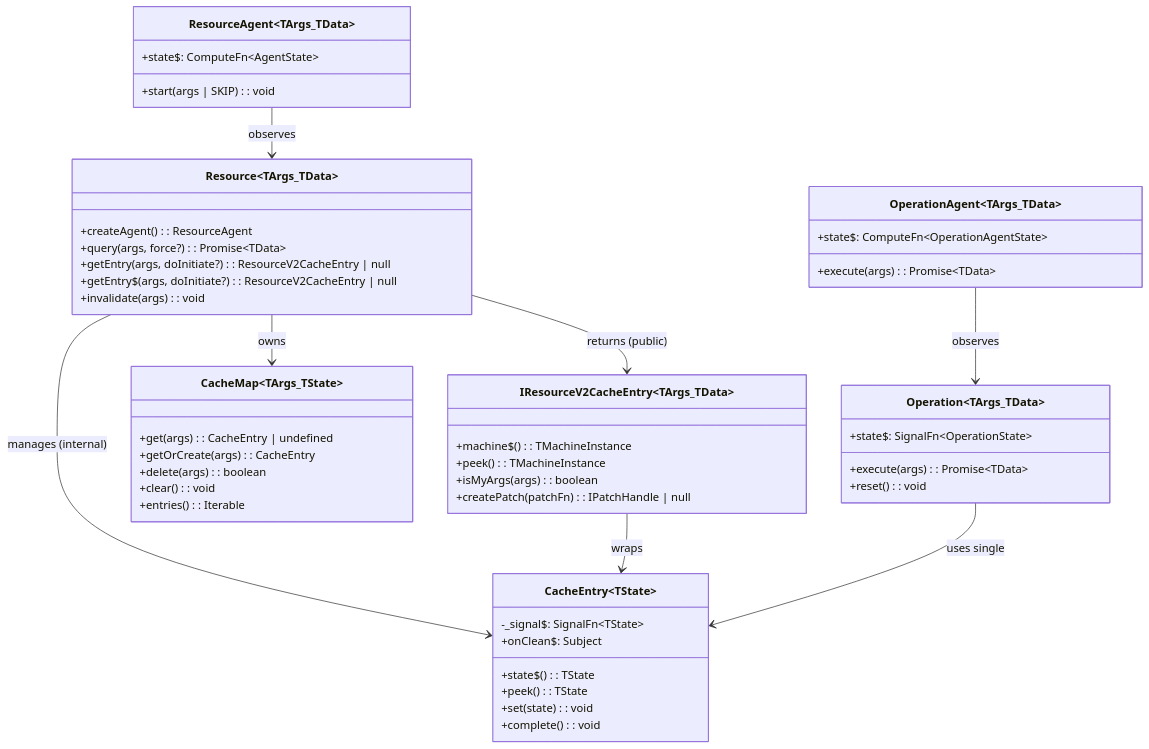
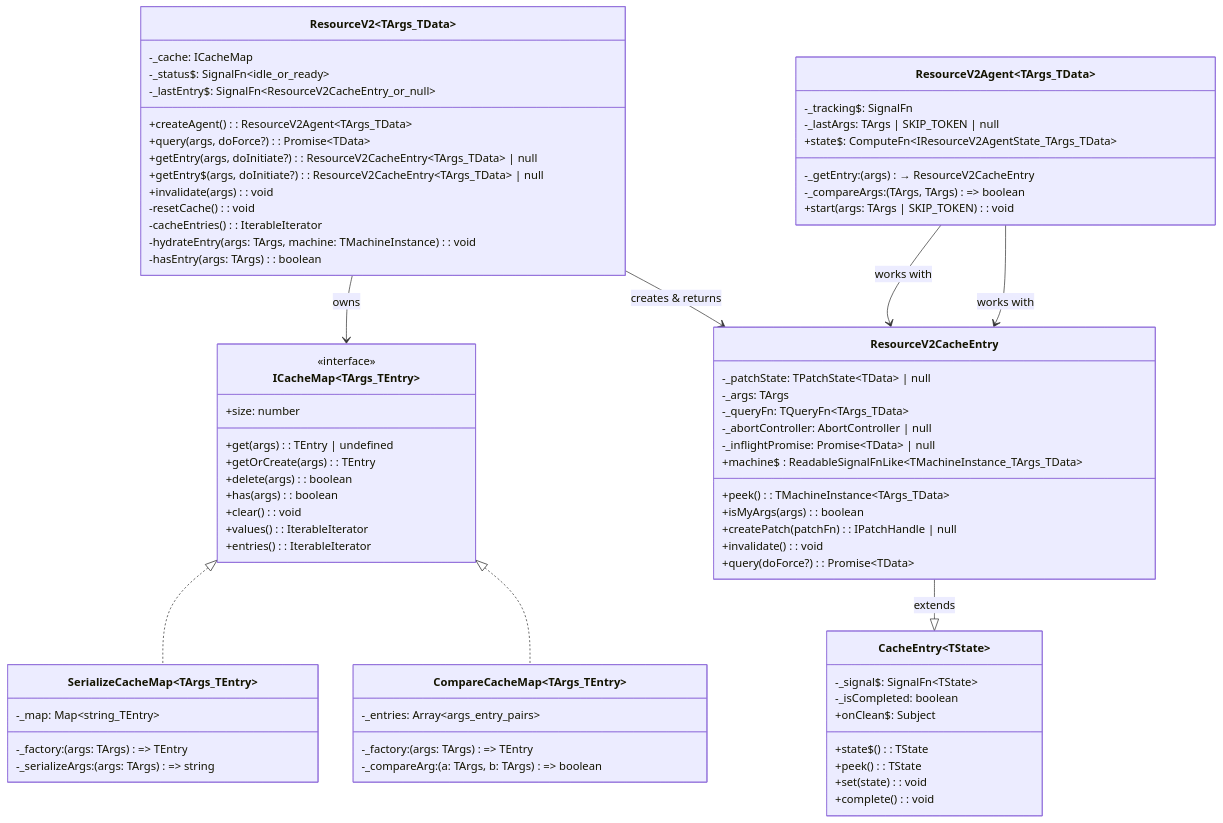
The eighth of 8 diagrams in .thoughts/2026-03-23-1400_query-v2-full-implementation/02-design/01-architecture.md (fozy-labs/rx-toolkit), drawn with Mermaid before and after one commit. The commit also changed other lines of this file and 204 other files, not shown here.

````diff
--- a/.thoughts/2026-03-23-1400_query-v2-full-implementation/02-design/01-architecture.md
+++ b/.thoughts/2026-03-23-1400_query-v2-full-implementation/02-design/01-architecture.md
@@ -351,32 +331,35 @@
 classDiagram
     title Core Abstractions
 
-    class Resource~TArgs_TData~ {
-        +createAgent(): ResourceAgent
-        +query(args, force?): Promise~TData~
-        +getEntry(args, doInitiate?): ResourceV2CacheEntry | null
-        +getEntry$(args, doInitiate?): ResourceV2CacheEntry | null
+    class ResourceV2~TArgs_TData~ {
+        -_cache: ICacheMap
+        -_status$: SignalFn~idle_or_ready~
+        -_lastEntry$: SignalFn~ResourceV2CacheEntry_or_null~
+        +createAgent(): ResourceV2Agent~TArgs_TData~
+        +query(args, doForce?): Promise~TData~
+        +getEntry(args, doInitiate?): ResourceV2CacheEntry~TArgs_TData~ | null
+        +getEntry$(args, doInitiate?): ResourceV2CacheEntry~TArgs_TData~ | null
         +invalidate(args): void
+        -resetCache(): void
+        -cacheEntries(): IterableIterator
+        -hydrateEntry(args: TArgs, machine: TMachineInstance): void
+        -hasEntry(args: TArgs): boolean
     }
     
-    class ResourceAgent~TArgs_TData~ {
-        +state$: ComputeFn~AgentState~
-        +start(args | SKIP): void
+    class ResourceV2Agent~TArgs_TData~ {
+        -_tracking$: SignalFn
+        -_getEntry: (args) → ResourceV2CacheEntry
+        -_compareArgs: (TArgs, TArgs) => boolean
+        -_lastArgs: TArgs | SKIP_TOKEN | null
+        +state$: ComputeFn~IResourceV2AgentState_TArgs_TData~
+        +start(args: TArgs | SKIP_TOKEN): void
     }
     
-    class Operation~TArgs_TData~ {
-        +execute(args): Promise~TData~
-        +state$: SignalFn~OperationState~
-        +reset(): void
-    }
-    
-    class OperationAgent~TArgs_TData~ {
-        +state$: ComputeFn~OperationAgentState~
-        +execute(args): Promise~TData~
-    }
-    
+    ResourceV2Agent --> ResourceV2CacheEntry : works with
+
     class CacheEntry~TState~ {
         -_signal$: SignalFn~TState~
+        -_isCompleted: boolean
         +state$(): TState
         +peek(): TState
         +set(state): void
@@ -384,26 +367,49 @@
         +onClean$: Subject
     }
     
-    class CacheMap~TArgs_TState~ {
-        +get(args): CacheEntry | undefined
-        +getOrCreate(args): CacheEntry
+    class ICacheMap~TArgs_TEntry~ {
+        <<interface>>
+        %% TEntry: unconstrained — CacheMap never calls methods on entries
+        +get(args): TEntry | undefined
+        +getOrCreate(args): TEntry
         +delete(args): boolean
+        +has(args): boolean
         +clear(): void
-        +entries(): Iterable
+        +size: number
+        +values(): IterableIterator
+        +entries(): IterableIterator
     }
     
-    class IResourceV2CacheEntry~TArgs_TData~ {
-        +machine$(): TMachineInstance
-        +peek(): TMachineInstance
+    class SerializeCacheMap~TArgs_TEntry~ {
+        -_map: Map~string_TEntry~
+        -_factory: (args: TArgs) => TEntry
+        -_serializeArgs: (args: TArgs) => string
+    }
+    
+    class CompareCacheMap~TArgs_TEntry~ {
+        -_entries: Array~args_entry_pairs~
+        -_factory: (args: TArgs) => TEntry
+        -_compareArg: (a: TArgs, b: TArgs) => boolean
+    }
+    
+    class ResourceV2CacheEntry~TArgs_TData~ {
+        -_patchState: TPatchState~TData~ | null
+        -_args: TArgs
+        -_queryFn: TQueryFn~TArgs_TData~
+        -_abortController: AbortController | null
+        -_inflightPromise: Promise~TData~ | null
+        +machine$ : ReadableSignalFnLike~TMachineInstance_TArgs_TData~
+        +peek(): TMachineInstance~TArgs_TData~
         +isMyArgs(args): boolean
         +createPatch(patchFn): IPatchHandle | null
+        +invalidate(): void
+        +query(doForce?): Promise~TData~
     }
     
-    Resource --> CacheMap : owns
-    Resource --> CacheEntry : manages (internal)
-    Resource --> IResourceV2CacheEntry : returns (public)
-    IResourceV2CacheEntry --> CacheEntry : wraps
-    ResourceAgent --> Resource : observes
-    Operation --> CacheEntry : uses single
-    OperationAgent --> Operation : observes
+    ICacheMap <|.. SerializeCacheMap
+    ICacheMap <|.. CompareCacheMap
+    ResourceV2 --> ICacheMap : owns
+    ResourceV2 --> ResourceV2CacheEntry : creates & returns
+    ResourceV2CacheEntry --|> CacheEntry : extends
+    ResourceV2Agent --> ResourceV2CacheEntry : works with
 ```
````
